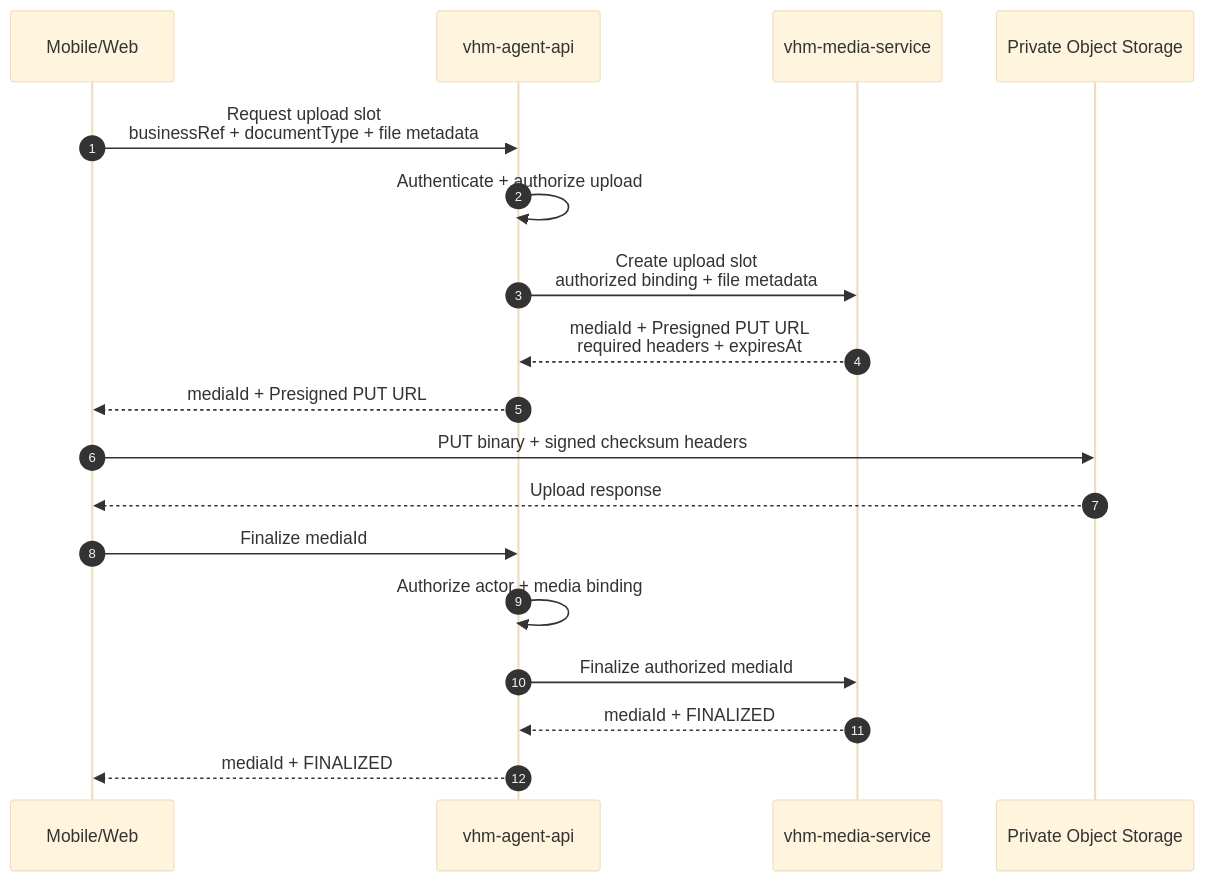
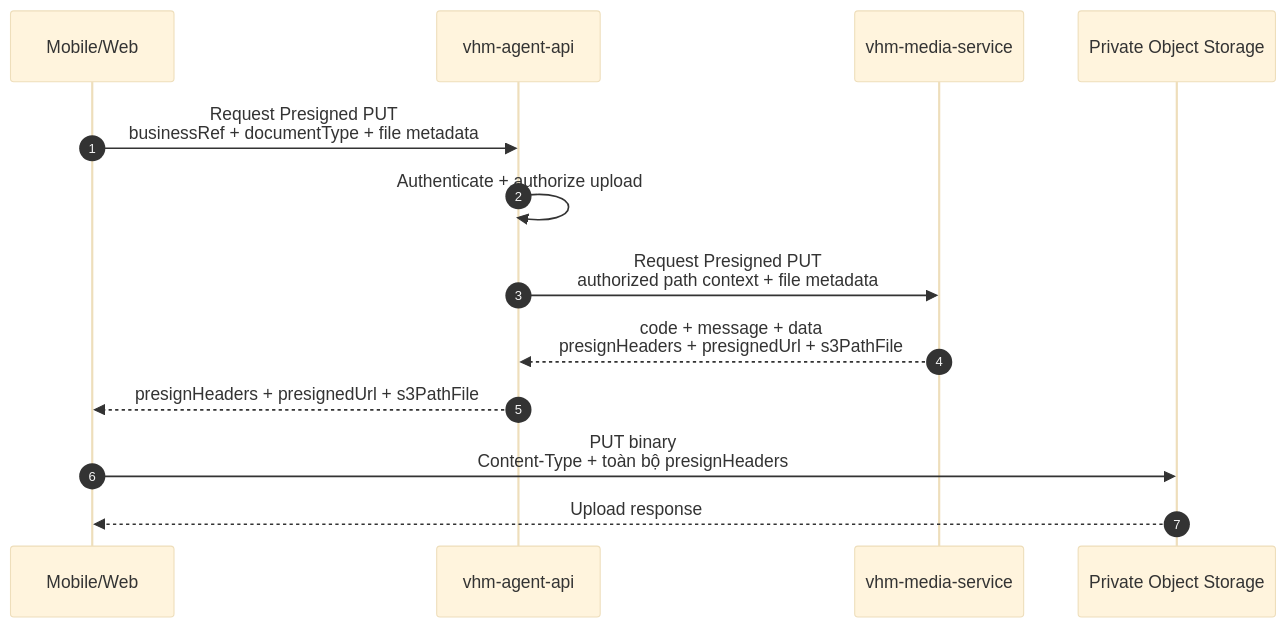
One commit to huynv-xyz/vhm changed the second of 5 diagrams in noxh.md. Above: the diagram before and after it, drawn with Mermaid (base theme). The commit also changed other lines of this file, not shown here.

````diff
--- a/noxh.md
+++ b/noxh.md
@@ -154,23 +154,17 @@
 ```mermaid
 sequenceDiagram
     autonumber
     participant CLIENT as Mobile/Web
     participant BFF as vhm-agent-api
     participant MEDIA_API as vhm-media-service
     participant STORAGE as Private Object Storage
 
-    CLIENT->>BFF: Request upload slot<br/>businessRef + documentType + file metadata
+    CLIENT->>BFF: Request Presigned PUT<br/>businessRef + documentType + file metadata
     BFF->>BFF: Authenticate + authorize upload
-    BFF->>MEDIA_API: Create upload slot<br/>authorized binding + file metadata
-    MEDIA_API-->>BFF: mediaId + Presigned PUT URL<br/>required headers + expiresAt
-    BFF-->>CLIENT: mediaId + Presigned PUT URL
+    BFF->>MEDIA_API: Request Presigned PUT<br/>authorized path context + file metadata
+    MEDIA_API-->>BFF: code + message + data<br/>presignHeaders + presignedUrl + s3PathFile
+    BFF-->>CLIENT: presignHeaders + presignedUrl + s3PathFile
 
-    CLIENT->>STORAGE: PUT binary + signed checksum headers
+    CLIENT->>STORAGE: PUT binary<br/>Content-Type + toàn bộ presignHeaders
     STORAGE-->>CLIENT: Upload response
-
-    CLIENT->>BFF: Finalize mediaId
-    BFF->>BFF: Authorize actor + media binding
-    BFF->>MEDIA_API: Finalize authorized mediaId
-    MEDIA_API-->>BFF: mediaId + FINALIZED
-    BFF-->>CLIENT: mediaId + FINALIZED
 ```
````
